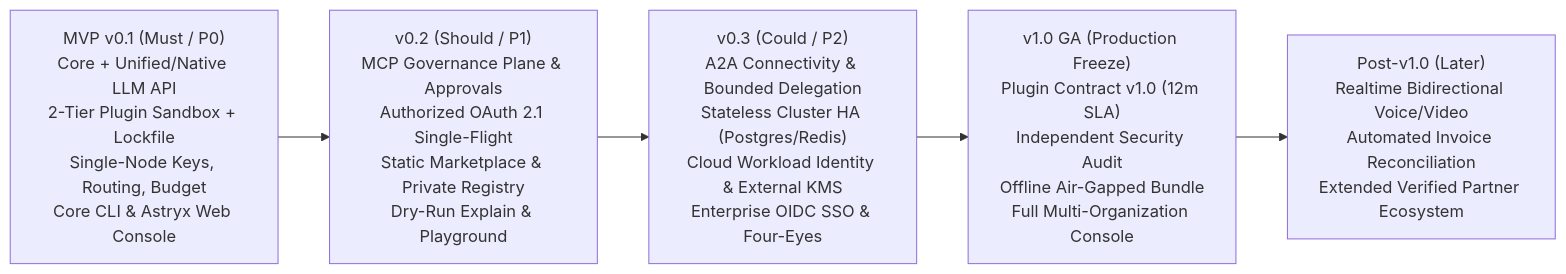
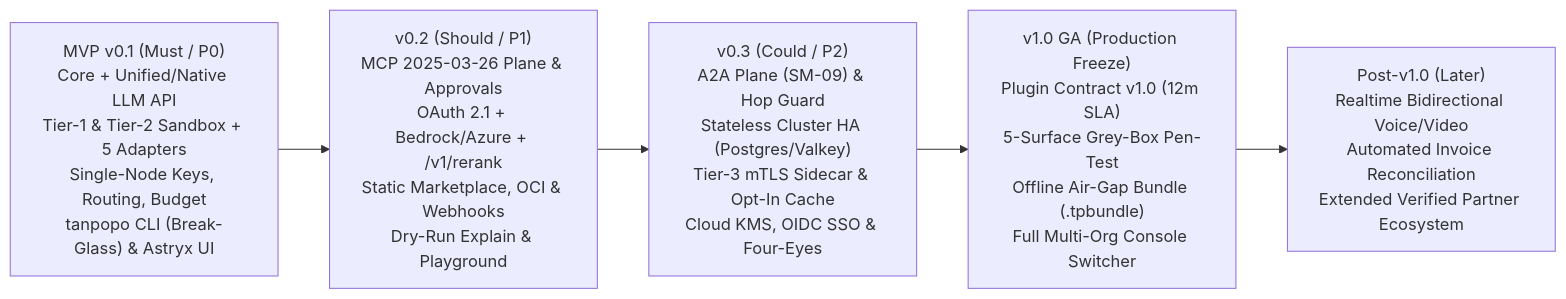
Before and after one commit to nguywnben/tanpopo: the diagram in docs/product/release-scope.md, drawn with Mermaid. The commit also changed other lines of this file and 70 other files, not shown here.

````diff
--- a/docs/product/release-scope.md
+++ b/docs/product/release-scope.md
@@ -24,7 +24,7 @@
 ```mermaid
 flowchart LR
-    M1["MVP v0.1 (Must / P0)<br/>Core + Unified/Native LLM API<br/>2-Tier Plugin Sandbox + Lockfile<br/>Single-Node Keys, Routing, Budget<br/>Core CLI & Astryx Web Console"] --> M2["v0.2 (Should / P1)<br/>MCP Governance Plane & Approvals<br/>Authorized OAuth 2.1 Single-Flight<br/>Static Marketplace & Private Registry<br/>Dry-Run Explain & Playground"]
-    M2 --> M3["v0.3 (Could / P2)<br/>A2A Connectivity & Bounded Delegation<br/>Stateless Cluster HA (Postgres/Redis)<br/>Cloud Workload Identity & External KMS<br/>Enterprise OIDC SSO & Four-Eyes"]
-    M3 --> M4["v1.0 GA (Production Freeze)<br/>Plugin Contract v1.0 (12m SLA)<br/>Independent Security Audit<br/>Offline Air-Gapped Bundle<br/>Full Multi-Organization Console"]
+    M1["MVP v0.1 (Must / P0)<br/>Core + Unified/Native LLM API<br/>Tier-1 & Tier-2 Sandbox + 5 Adapters<br/>Single-Node Keys, Routing, Budget<br/>tanpopo CLI (Break-Glass) & Astryx UI"] --> M2["v0.2 (Should / P1)<br/>MCP 2025-03-26 Plane & Approvals<br/>OAuth 2.1 + Bedrock/Azure + /v1/rerank<br/>Static Marketplace, OCI & Webhooks<br/>Dry-Run Explain & Playground"]
+    M2 --> M3["v0.3 (Could / P2)<br/>A2A Plane (SM-09) & Hop Guard<br/>Stateless Cluster HA (Postgres/Valkey)<br/>Tier-3 mTLS Sidecar & Opt-In Cache<br/>Cloud KMS, OIDC SSO & Four-Eyes"]
+    M3 --> M4["v1.0 GA (Production Freeze)<br/>Plugin Contract v1.0 (12m SLA)<br/>5-Surface Grey-Box Pen-Test<br/>Offline Air-Gap Bundle (.tpbundle)<br/>Full Multi-Org Console Switcher"]
     M4 --> M5["Post-v1.0 (Later)<br/>Realtime Bidirectional Voice/Video<br/>Automated Invoice Reconciliation<br/>Extended Verified Partner Ecosystem"]
 ```
````
